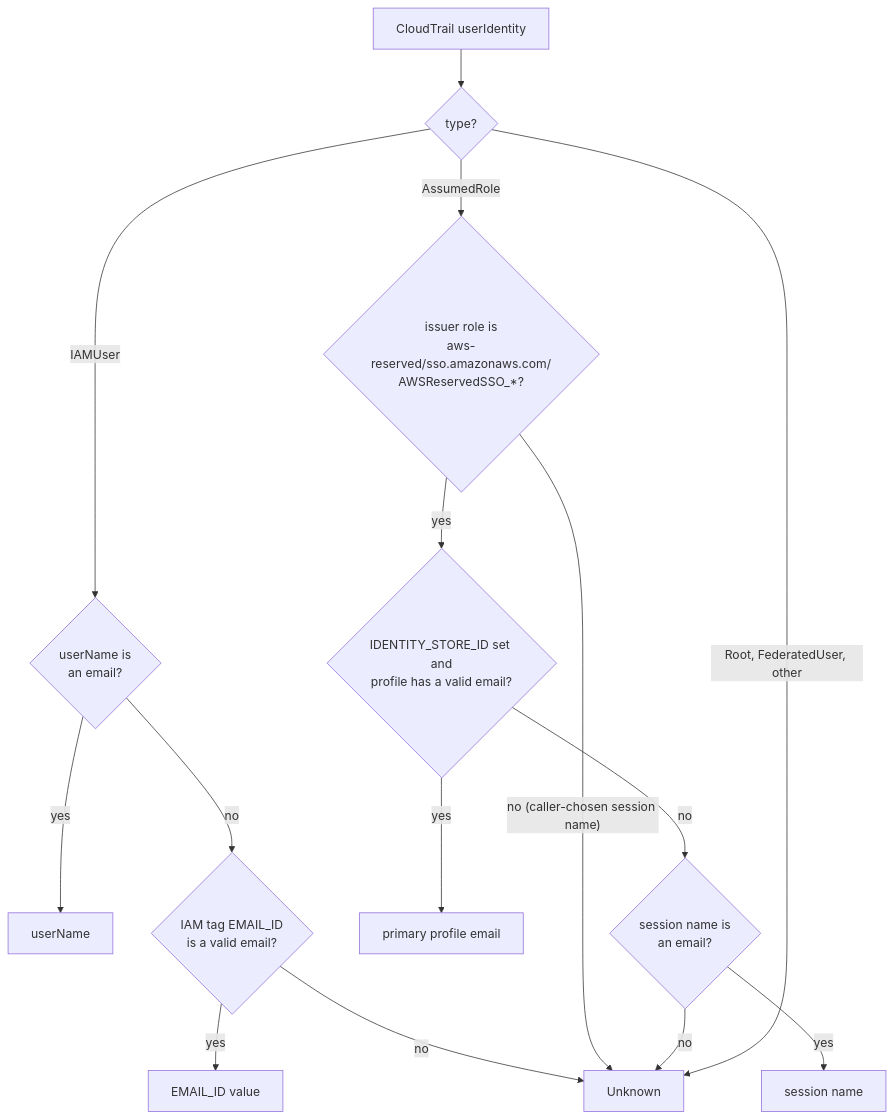
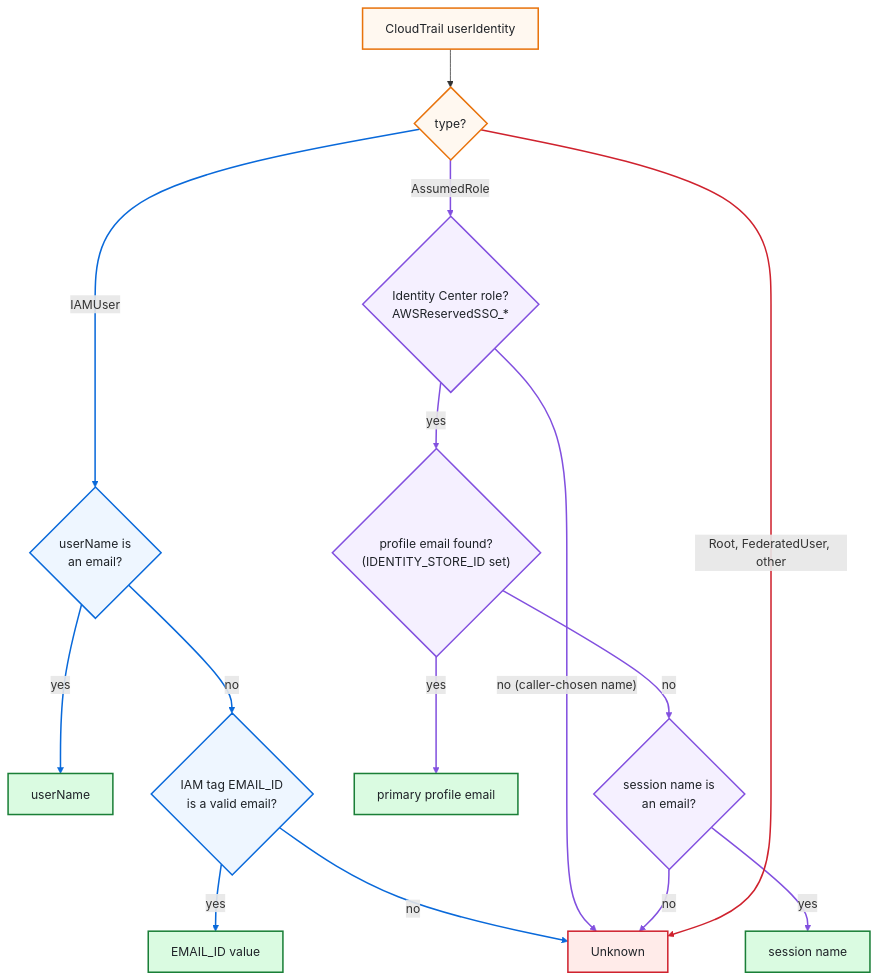
One commit to smartSenseSolutions/aws-auto-tagger changed the diagram in README.md. Above: the diagram before and after it, drawn with Mermaid.

Commit message:
README: colour owner_email flowchart, move Supported AWS Services up

````diff
--- a/README.md
+++ b/README.md
@@ -92,17 +104,31 @@
 ```mermaid
 flowchart TD
     U["CloudTrail userIdentity"] --> TY{"type?"}
     TY -->|IAMUser| N{"userName is<br/>an email?"}
     N -->|yes| E1["userName"]
     N -->|no| TAG{"IAM tag EMAIL_ID<br/>is a valid email?"}
     TAG -->|yes| E2["EMAIL_ID value"]
     TAG -->|no| UNK["Unknown"]
-    TY -->|AssumedRole| S{"issuer role is<br/>aws-reserved/sso.amazonaws.com/<br/>AWSReservedSSO_*?"}
-    S -->|"no (caller-chosen session name)"| UNK
-    S -->|yes| P{"IDENTITY_STORE_ID set and<br/>profile has a valid email?"}
+    TY -->|AssumedRole| S{"Identity Center role?<br/>AWSReservedSSO_*"}
+    S -->|"no (caller-chosen name)"| UNK
+    S -->|yes| P{"profile email found?<br/>(IDENTITY_STORE_ID set)"}
     P -->|yes| E3["primary profile email"]
     P -->|no| SN{"session name is<br/>an email?"}
     SN -->|yes| E4["session name"]
     SN -->|no| UNK
     TY -->|"Root, FederatedUser, other"| UNK
+
+    classDef start fill:#fff8f0,stroke:#e8730c,stroke-width:2px,color:#1f2328
+    classDef iam fill:#eef6ff,stroke:#0969da,stroke-width:2px,color:#1f2328
+    classDef sso fill:#f5f0ff,stroke:#8250df,stroke-width:2px,color:#1f2328
+    classDef email fill:#dafbe1,stroke:#1a7f37,stroke-width:2px,color:#1f2328
+    classDef unknown fill:#ffebe9,stroke:#cf222e,stroke-width:2px,color:#1f2328
+    class U,TY start
+    class N,TAG iam
+    class S,P,SN sso
+    class E1,E2,E3,E4 email
+    class UNK unknown
+    linkStyle 1,2,3,4,5 stroke:#0969da,stroke-width:2px
+    linkStyle 6,7,8,9,10,11,12 stroke:#8250df,stroke-width:2px
+    linkStyle 13 stroke:#cf222e,stroke-width:2px
 ```
````
